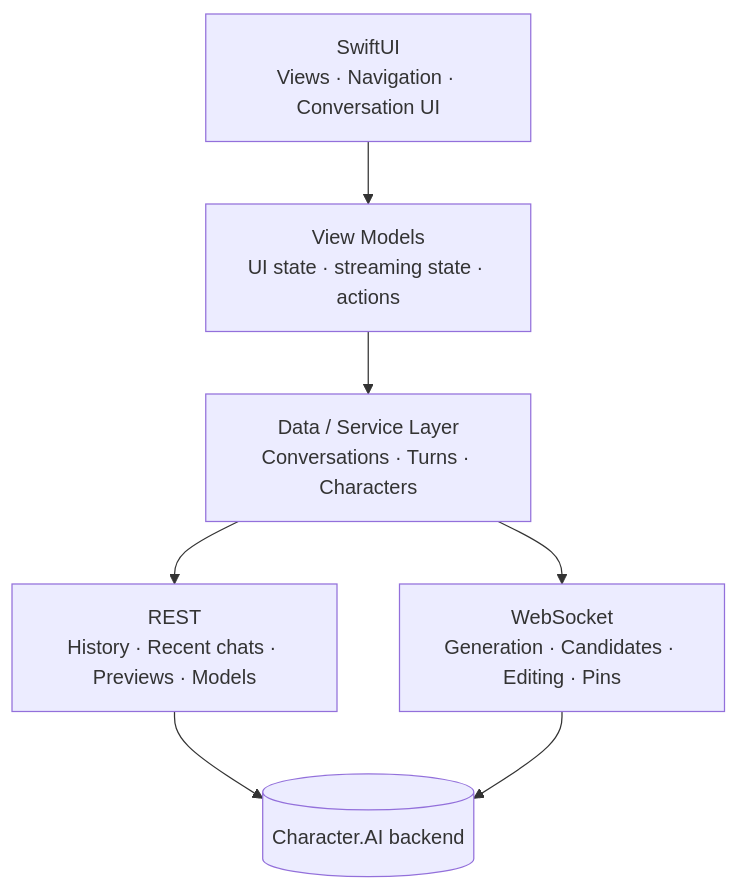
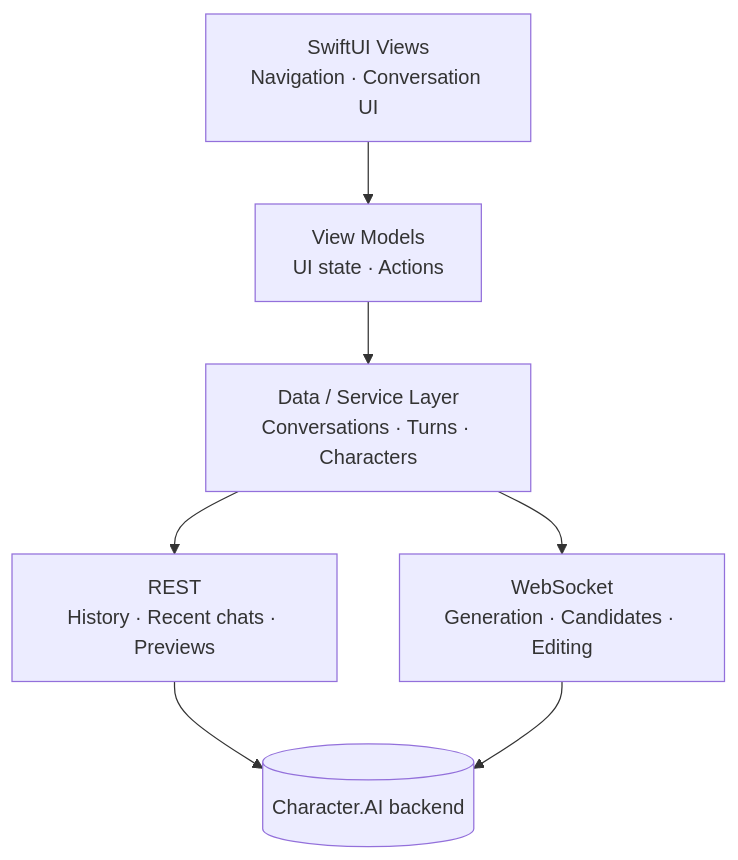
One commit to KodyMorrison3/Veyrin changed the diagram in README.md. Above: the diagram before and after it, drawn with Mermaid. The commit also changed other lines of this file, not shown here.

````diff
--- a/README.md
+++ b/README.md
@@ -82,9 +57,9 @@
 ```mermaid
 flowchart TD
-    A["SwiftUI<br/>Views · Navigation · Conversation UI"] --> B["View Models<br/>UI state · streaming state · actions"]
+    A["SwiftUI Views<br/>Navigation · Conversation UI"] --> B["View Models<br/>UI state · Actions"]
     B --> C["Data / Service Layer<br/>Conversations · Turns · Characters"]
-    C --> D["REST<br/>History · Recent chats · Previews · Models"]
-    C --> E["WebSocket<br/>Generation · Candidates · Editing · Pins"]
+    C --> D["REST<br/>History · Recent chats · Previews"]
+    C --> E["WebSocket<br/>Generation · Candidates · Editing"]
     D --> F[("Character.AI backend")]
     E --> F
 ```
````
